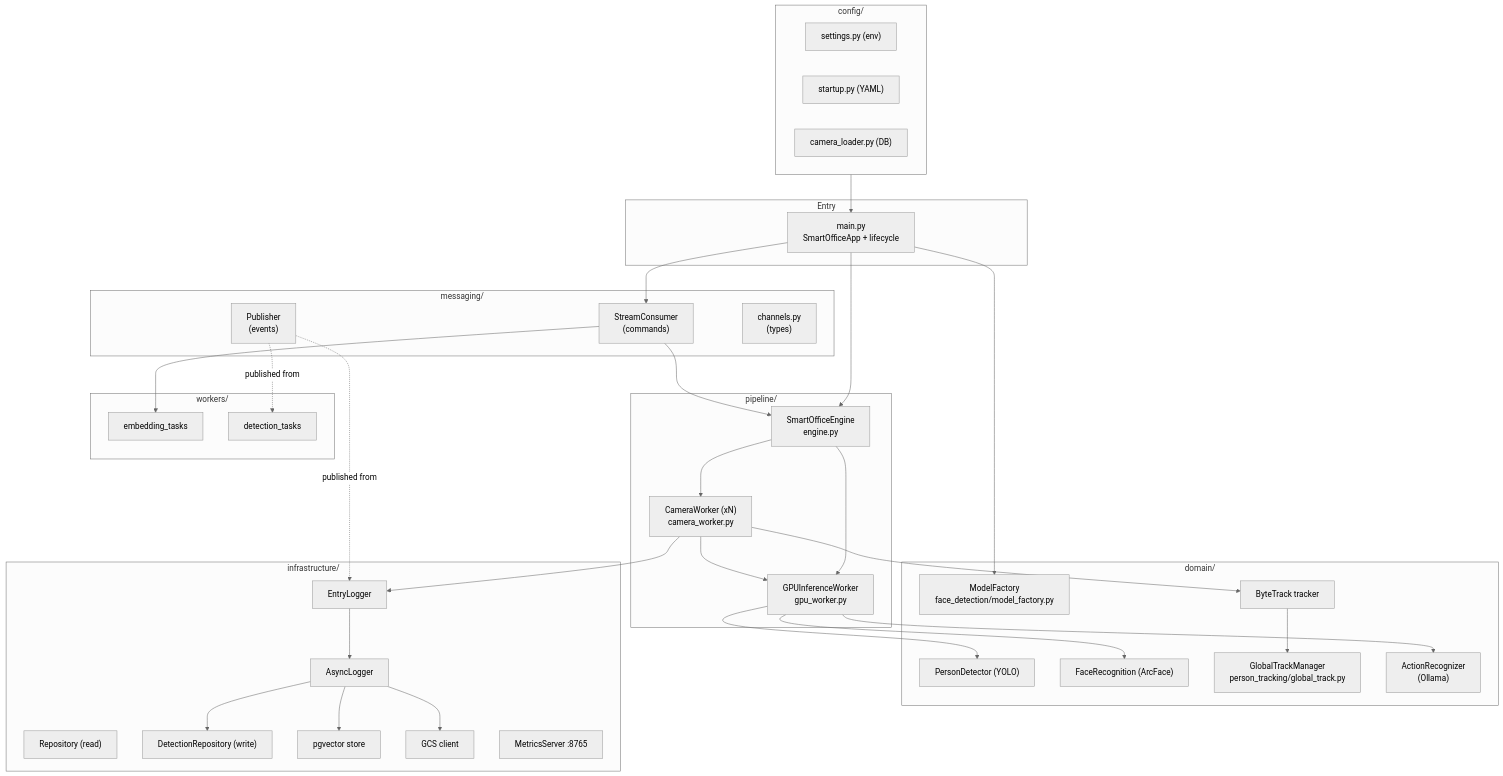
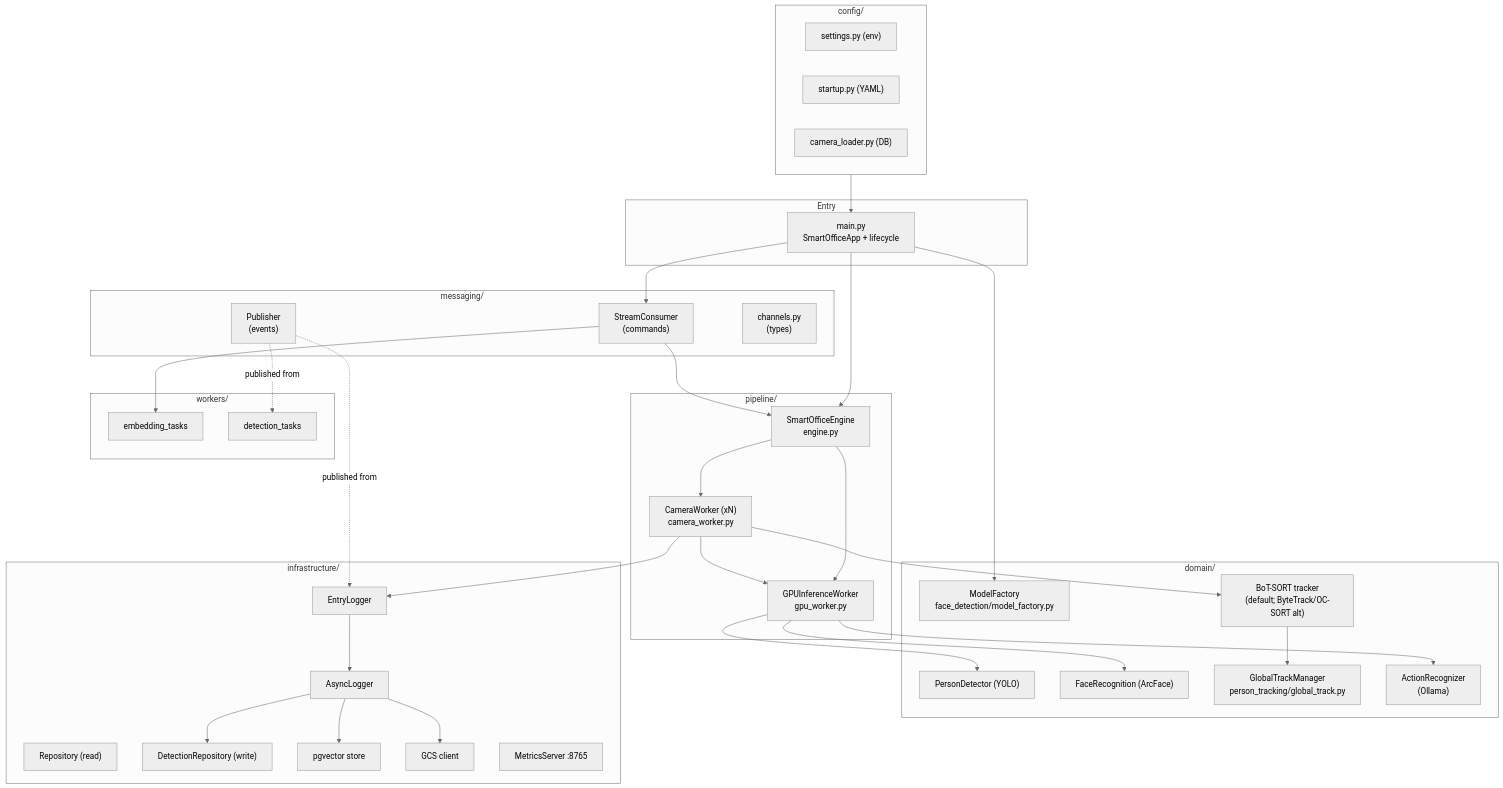
One commit to lumiohub-ai/lum-model-face-recognition changed the second of 9 diagrams in docs/SERVICE_ARCHITECTURE.md. Above: the diagram before and after it, drawn with Mermaid (neutral theme). The commit also changed other lines of this file and 4 other files, not shown here.

Commit message:
docs: Update SERVICE_ARCHITECTURE.md to reflect tracking system changes and remove outdated document

````diff
--- a/docs/SERVICE_ARCHITECTURE.md
+++ b/docs/SERVICE_ARCHITECTURE.md
@@ -53,70 +53,70 @@
 ```mermaid
 graph TB
     subgraph entry["Entry"]
         main["main.py<br/>SmartOfficeApp + lifecycle"]
     end
 
     subgraph pipeline["pipeline/"]
         engine["SmartOfficeEngine<br/>engine.py"]
         camw["CameraWorker (xN)<br/>camera_worker.py"]
         gpuw["GPUInferenceWorker<br/>gpu_worker.py"]
     end
 
     subgraph domain["domain/"]
         mf["ModelFactory<br/>face_detection/model_factory.py"]
         det["PersonDetector (YOLO)"]
         face["FaceRecognition (ArcFace)"]
-        track["ByteTrack tracker"]
+        track["BoT-SORT tracker<br/>(default; ByteTrack/OC-SORT alt)"]
         gtm["GlobalTrackManager<br/>person_tracking/global_track.py"]
         action["ActionRecognizer<br/>(Ollama)"]
     end
 
     subgraph msg["messaging/"]
         sc["StreamConsumer<br/>(commands)"]
         pub["Publisher<br/>(events)"]
         chans["channels.py<br/>(types)"]
     end
 
     subgraph workers["workers/"]
         emb["embedding_tasks"]
         dtt["detection_tasks"]
     end
 
     subgraph infra["infrastructure/"]
         repo["Repository (read)"]
         drepo["DetectionRepository (write)"]
         pgv["pgvector store"]
         gcs["GCS client"]
         elog["EntryLogger"]
         alog["AsyncLogger"]
         metrics["MetricsServer :8765"]
     end
 
     subgraph cfg["config/"]
         settings["settings.py (env)"]
         startup["startup.py (YAML)"]
         camload["camera_loader.py (DB)"]
     end
 
     main --> engine
     main --> sc
     main --> mf
     engine --> camw
     engine --> gpuw
     camw --> gpuw
     camw --> track
     camw --> elog
     gpuw --> det
     gpuw --> face
     gpuw --> action
     track --> gtm
     elog --> alog
     alog --> drepo
     alog --> pgv
     alog --> gcs
     sc --> engine
     sc --> emb
     pub -.->|published from| elog
     pub -.->|published from| dtt
     cfg --> main
 ```
````
